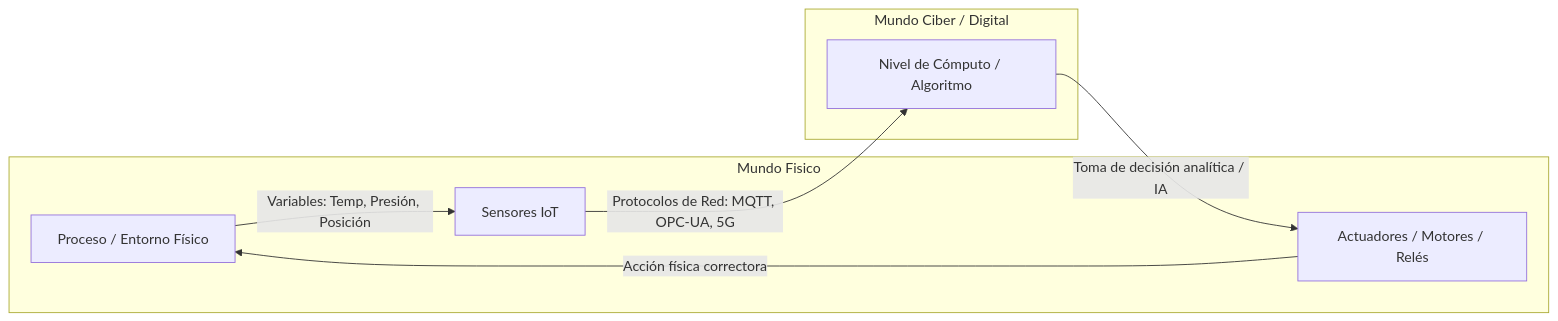
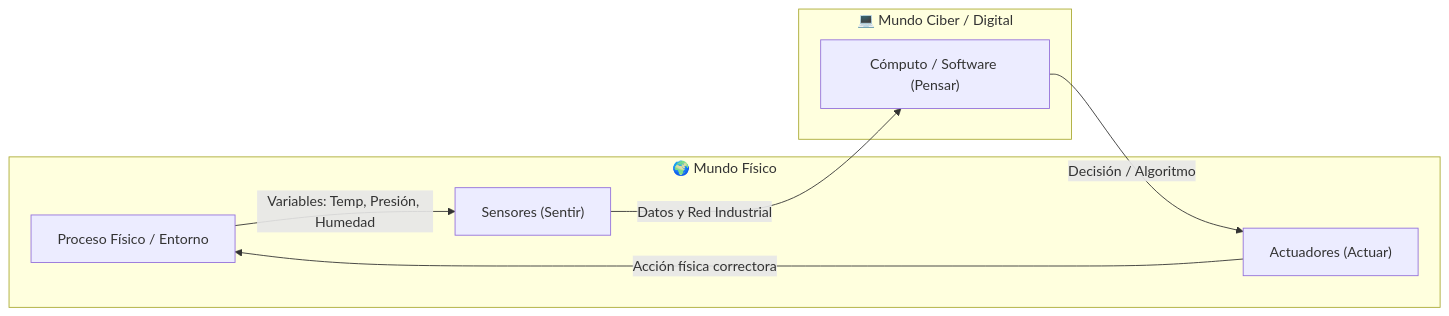
One commit to jssdocente/dasp2627d changed the first of 6 diagrams in docs/temas/01-digitalizacion/02-sistemas-ciberfisicos-tecnologias.md. Above: the diagram before and after it, drawn with Mermaid. The commit also changed other lines of this file and 2 other files, not shown here.

````diff
--- a/docs/temas/01-digitalizacion/02-sistemas-ciberfisicos-tecnologias.md
+++ b/docs/temas/01-digitalizacion/02-sistemas-ciberfisicos-tecnologias.md
@@ -11,12 +13,12 @@
 ```mermaid
 graph LR
-    subgraph Mundo Fisico
-        E[Proceso / Entorno Físico] -->|Variables: Temp, Presión, Posición| S[Sensores IoT]
-        A[Actuadores / Motores / Relés] -->|Acción física correctora| E
+    subgraph Mundo Fisico ["🌍 Mundo Físico"]
+        E["Proceso Físico / Entorno"] -->|Variables: Temp, Presión, Humedad| S["Sensores (Sentir)"]
+        A["Actuadores (Actuar)"] -->|Acción física correctora| E
     end
 
-    subgraph Mundo Ciber / Digital
-        S -->|Protocolos de Red: MQTT, OPC-UA, 5G| C[Nivel de Cómputo / Algoritmo]
-        C -->|Toma de decisión analítica / IA| A
+    subgraph Mundo Digital ["💻 Mundo Ciber / Digital"]
+        S -->|Datos y Red Industrial| C["Cómputo / Software (Pensar)"]
+        C -->|Decisión / Algoritmo| A
     end
 ```
````
